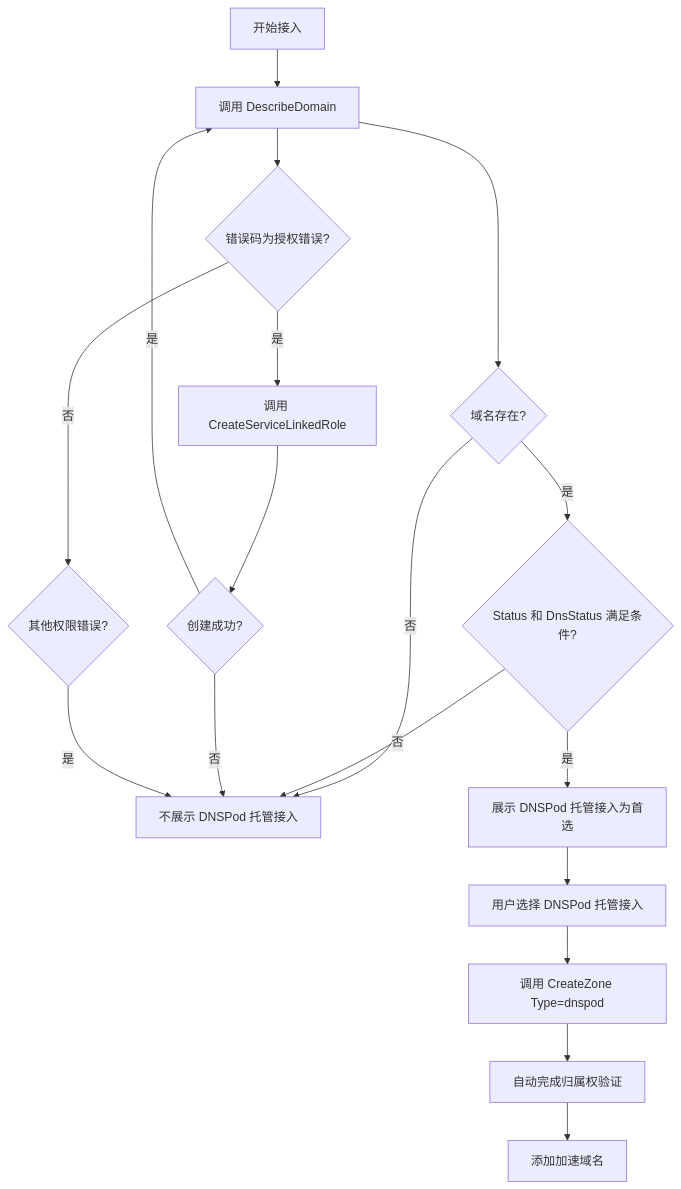
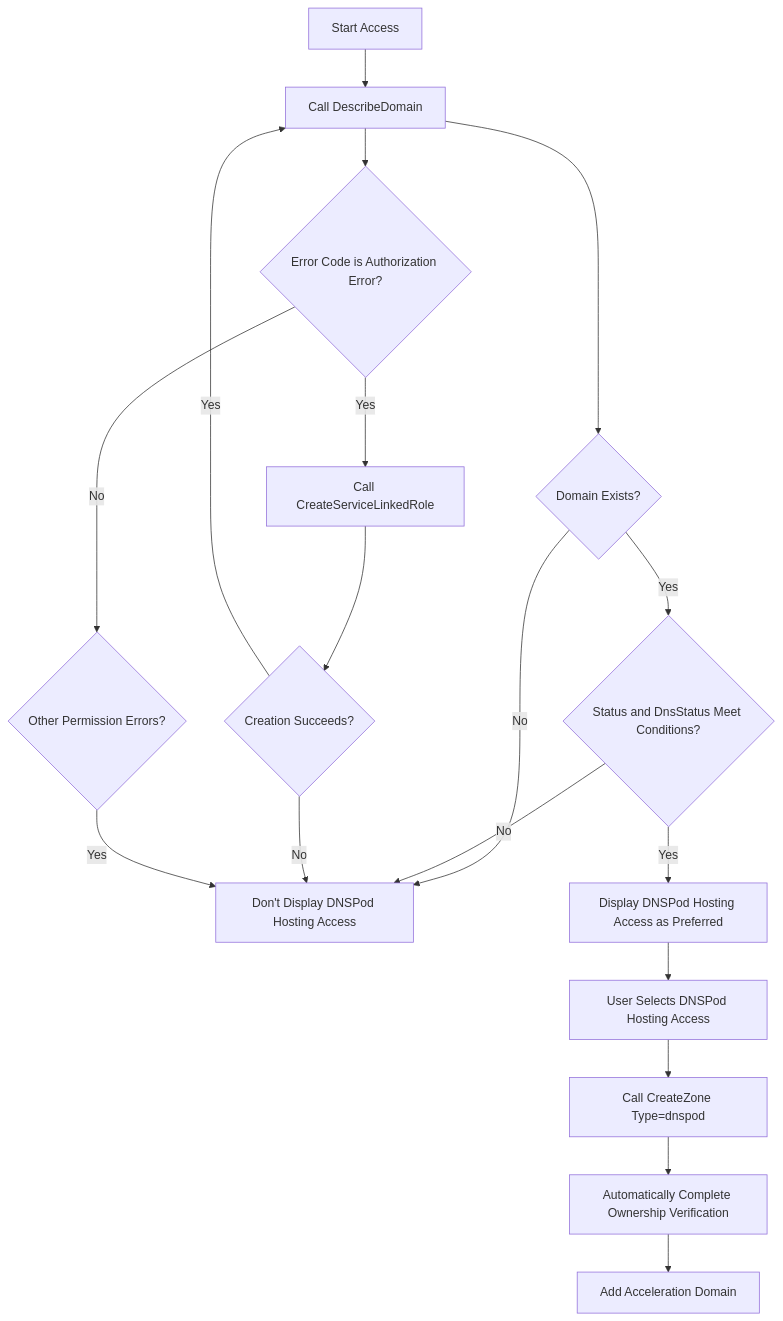
The diagram in skills/edgeone/references/api/dnspod-integration.md (Tencent/tencent-edgeone-agent-plugins), drawn with Mermaid before and after one commit. The commit also changed other lines of this file and 5 other files, not shown here.

````diff
--- a/skills/edgeone/references/api/dnspod-integration.md
+++ b/skills/edgeone/references/api/dnspod-integration.md
@@ -89,20 +89,20 @@
 ```mermaid
 graph TD
-    A[开始接入] --> B[调用 DescribeDomain]
-    B --> C{域名存在?}
-    C -->|否| D[不展示 DNSPod 托管接入]
-    C -->|是| E{Status 和 DnsStatus 满足条件?}
-    E -->|否| D
-    E -->|是| F[展示 DNSPod 托管接入为首选]
-    B --> G{错误码为授权错误?}
-    G -->|是| H[调用 CreateServiceLinkedRole]
-    H --> I{创建成功?}
-    I -->|是| B
-    I -->|否| D
-    G -->|否| J{其他权限错误?}
-    J -->|是| D
-    F --> K[用户选择 DNSPod 托管接入]
-    K --> L[调用 CreateZone Type=dnspod]
-    L --> M[自动完成归属权验证]
-    M --> N[添加加速域名]
+    A[Start Access] --> B[Call DescribeDomain]
+    B --> C{Domain Exists?}
+    C -->|No| D[Don't Display DNSPod Hosting Access]
+    C -->|Yes| E{Status and DnsStatus Meet Conditions?}
+    E -->|No| D
+    E -->|Yes| F[Display DNSPod Hosting Access as Preferred]
+    B --> G{Error Code is Authorization Error?}
+    G -->|Yes| H[Call CreateServiceLinkedRole]
+    H --> I{Creation Succeeds?}
+    I -->|Yes| B
+    I -->|No| D
+    G -->|No| J{Other Permission Errors?}
+    J -->|Yes| D
+    F --> K[User Selects DNSPod Hosting Access]
+    K --> L[Call CreateZone Type=dnspod]
+    L --> M[Automatically Complete Ownership Verification]
+    M --> N[Add Acceleration Domain]
 ```
````
